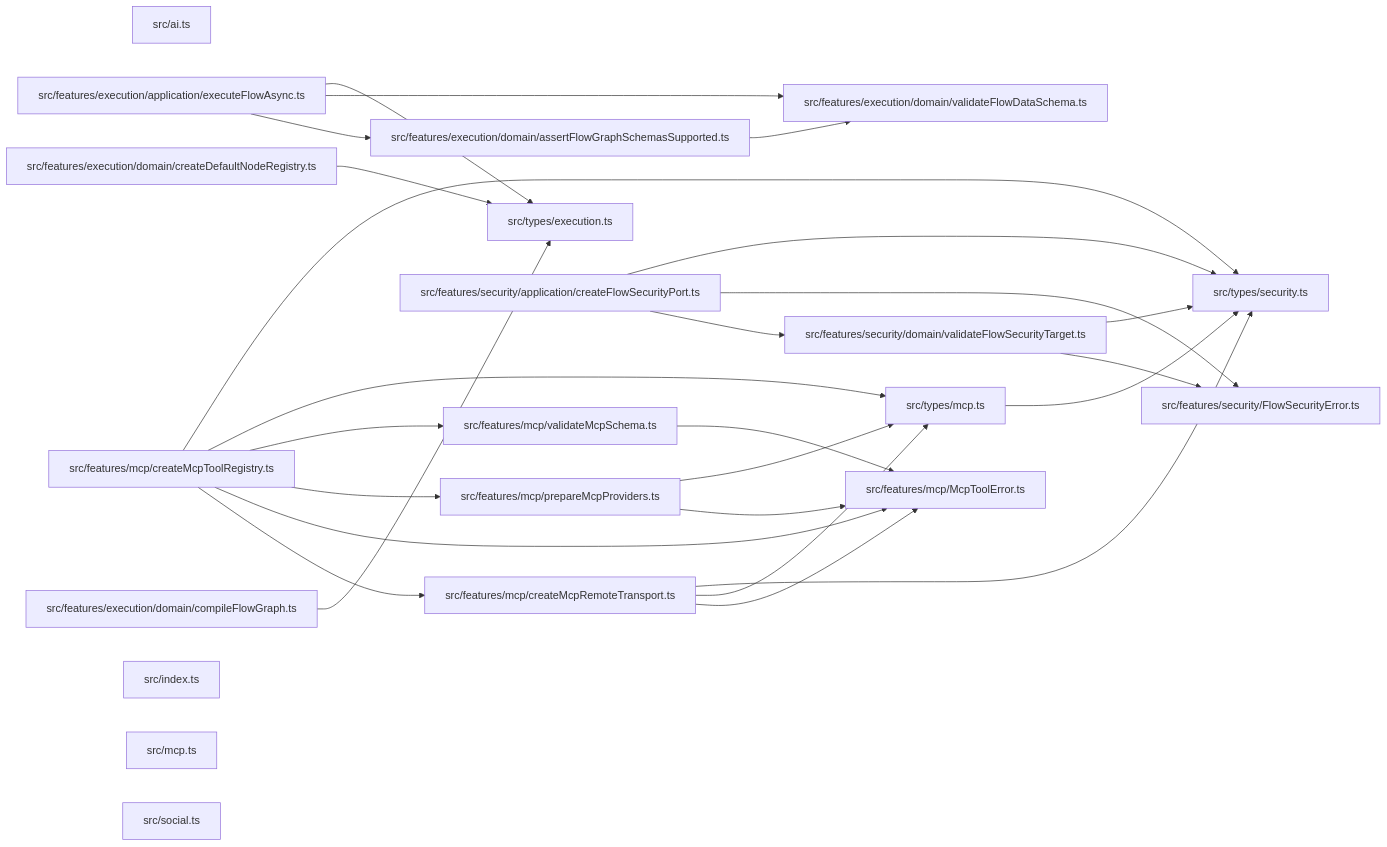
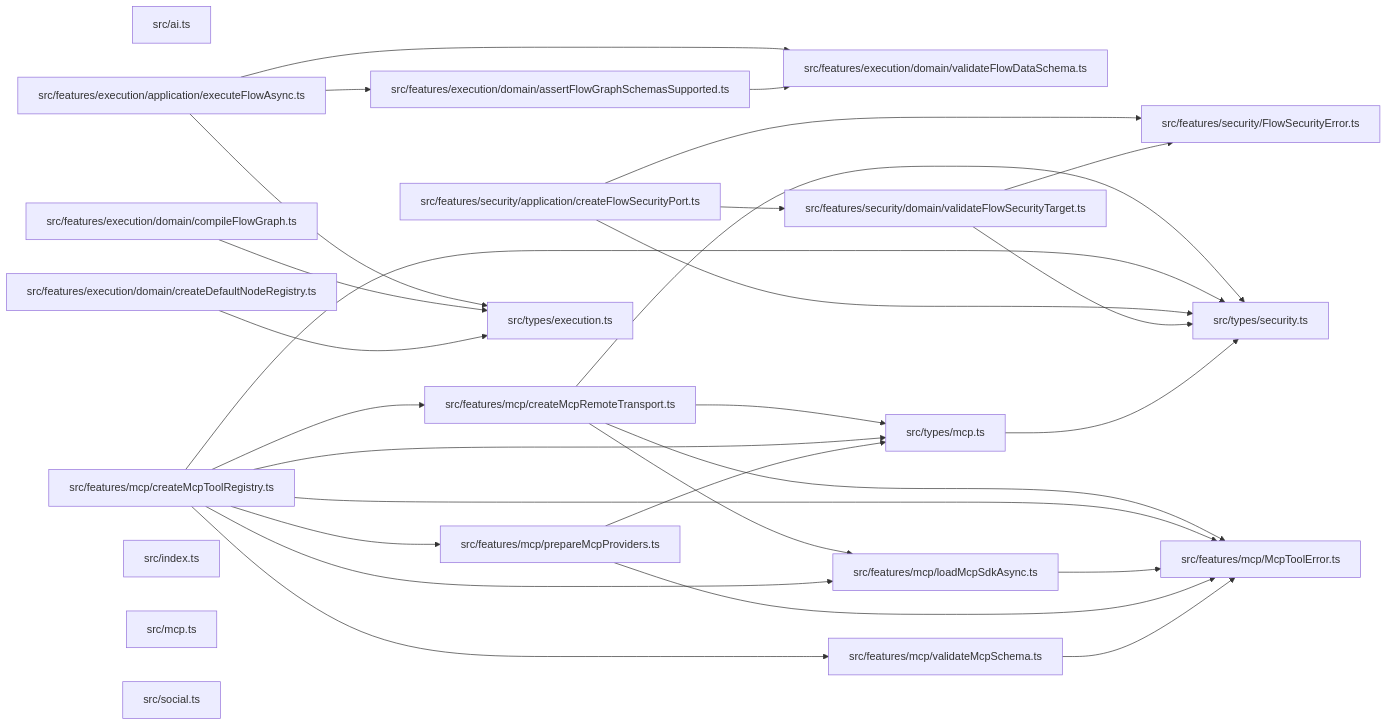
Before and after one commit to ankhorage/flow: the diagram in paradox/diagrams/module-relationships.mmd, drawn with Mermaid. The commit also changed 9 other files, not shown here.

```diff
--- a/paradox/diagrams/module-relationships.mmd
+++ b/paradox/diagrams/module-relationships.mmd
@@ -1,45 +1,49 @@
 graph LR
   module_src_ai_ts["src/ai.ts"]
   module_src_features_execution_application_executeFlowAsync_ts["src/features/execution/application/executeFlowAsync.ts"]
   module_src_features_execution_domain_assertFlowGraphSchemasSupported_ts["src/features/execution/domain/assertFlowGraphSchemasSupported.ts"]
   module_src_features_execution_domain_compileFlowGraph_ts["src/features/execution/domain/compileFlowGraph.ts"]
   module_src_features_execution_domain_createDefaultNodeRegistry_ts["src/features/execution/domain/createDefaultNodeRegistry.ts"]
   module_src_features_execution_domain_validateFlowDataSchema_ts["src/features/execution/domain/validateFlowDataSchema.ts"]
   module_src_features_mcp_createMcpRemoteTransport_ts["src/features/mcp/createMcpRemoteTransport.ts"]
   module_src_features_mcp_createMcpToolRegistry_ts["src/features/mcp/createMcpToolRegistry.ts"]
+  module_src_features_mcp_loadMcpSdkAsync_ts["src/features/mcp/loadMcpSdkAsync.ts"]
   module_src_features_mcp_McpToolError_ts["src/features/mcp/McpToolError.ts"]
   module_src_features_mcp_prepareMcpProviders_ts["src/features/mcp/prepareMcpProviders.ts"]
   module_src_features_mcp_validateMcpSchema_ts["src/features/mcp/validateMcpSchema.ts"]
   module_src_features_security_application_createFlowSecurityPort_ts["src/features/security/application/createFlowSecurityPort.ts"]
   module_src_features_security_domain_validateFlowSecurityTarget_ts["src/features/security/domain/validateFlowSecurityTarget.ts"]
   module_src_features_security_FlowSecurityError_ts["src/features/security/FlowSecurityError.ts"]
   module_src_index_ts["src/index.ts"]
   module_src_mcp_ts["src/mcp.ts"]
   module_src_social_ts["src/social.ts"]
   module_src_types_execution_ts["src/types/execution.ts"]
   module_src_types_mcp_ts["src/types/mcp.ts"]
   module_src_types_security_ts["src/types/security.ts"]
   module_src_features_execution_application_executeFlowAsync_ts --> module_src_features_execution_domain_assertFlowGraphSchemasSupported_ts
   module_src_features_execution_application_executeFlowAsync_ts --> module_src_features_execution_domain_validateFlowDataSchema_ts
   module_src_features_execution_application_executeFlowAsync_ts --> module_src_types_execution_ts
   module_src_features_execution_domain_assertFlowGraphSchemasSupported_ts --> module_src_features_execution_domain_validateFlowDataSchema_ts
   module_src_features_execution_domain_compileFlowGraph_ts --> module_src_types_execution_ts
   module_src_features_execution_domain_createDefaultNodeRegistry_ts --> module_src_types_execution_ts
+  module_src_features_mcp_createMcpRemoteTransport_ts --> module_src_features_mcp_loadMcpSdkAsync_ts
   module_src_features_mcp_createMcpRemoteTransport_ts --> module_src_features_mcp_McpToolError_ts
   module_src_features_mcp_createMcpRemoteTransport_ts --> module_src_types_mcp_ts
   module_src_features_mcp_createMcpRemoteTransport_ts --> module_src_types_security_ts
   module_src_features_mcp_createMcpToolRegistry_ts --> module_src_features_mcp_createMcpRemoteTransport_ts
+  module_src_features_mcp_createMcpToolRegistry_ts --> module_src_features_mcp_loadMcpSdkAsync_ts
   module_src_features_mcp_createMcpToolRegistry_ts --> module_src_features_mcp_McpToolError_ts
   module_src_features_mcp_createMcpToolRegistry_ts --> module_src_features_mcp_prepareMcpProviders_ts
   module_src_features_mcp_createMcpToolRegistry_ts --> module_src_features_mcp_validateMcpSchema_ts
   module_src_features_mcp_createMcpToolRegistry_ts --> module_src_types_mcp_ts
   module_src_features_mcp_createMcpToolRegistry_ts --> module_src_types_security_ts
+  module_src_features_mcp_loadMcpSdkAsync_ts --> module_src_features_mcp_McpToolError_ts
   module_src_features_mcp_prepareMcpProviders_ts --> module_src_features_mcp_McpToolError_ts
   module_src_features_mcp_prepareMcpProviders_ts --> module_src_types_mcp_ts
   module_src_features_mcp_validateMcpSchema_ts --> module_src_features_mcp_McpToolError_ts
   module_src_features_security_application_createFlowSecurityPort_ts --> module_src_features_security_domain_validateFlowSecurityTarget_ts
   module_src_features_security_application_createFlowSecurityPort_ts --> module_src_features_security_FlowSecurityError_ts
   module_src_features_security_application_createFlowSecurityPort_ts --> module_src_types_security_ts
   module_src_features_security_domain_validateFlowSecurityTarget_ts --> module_src_features_security_FlowSecurityError_ts
   module_src_features_security_domain_validateFlowSecurityTarget_ts --> module_src_types_security_ts
   module_src_types_mcp_ts --> module_src_types_security_ts
```
